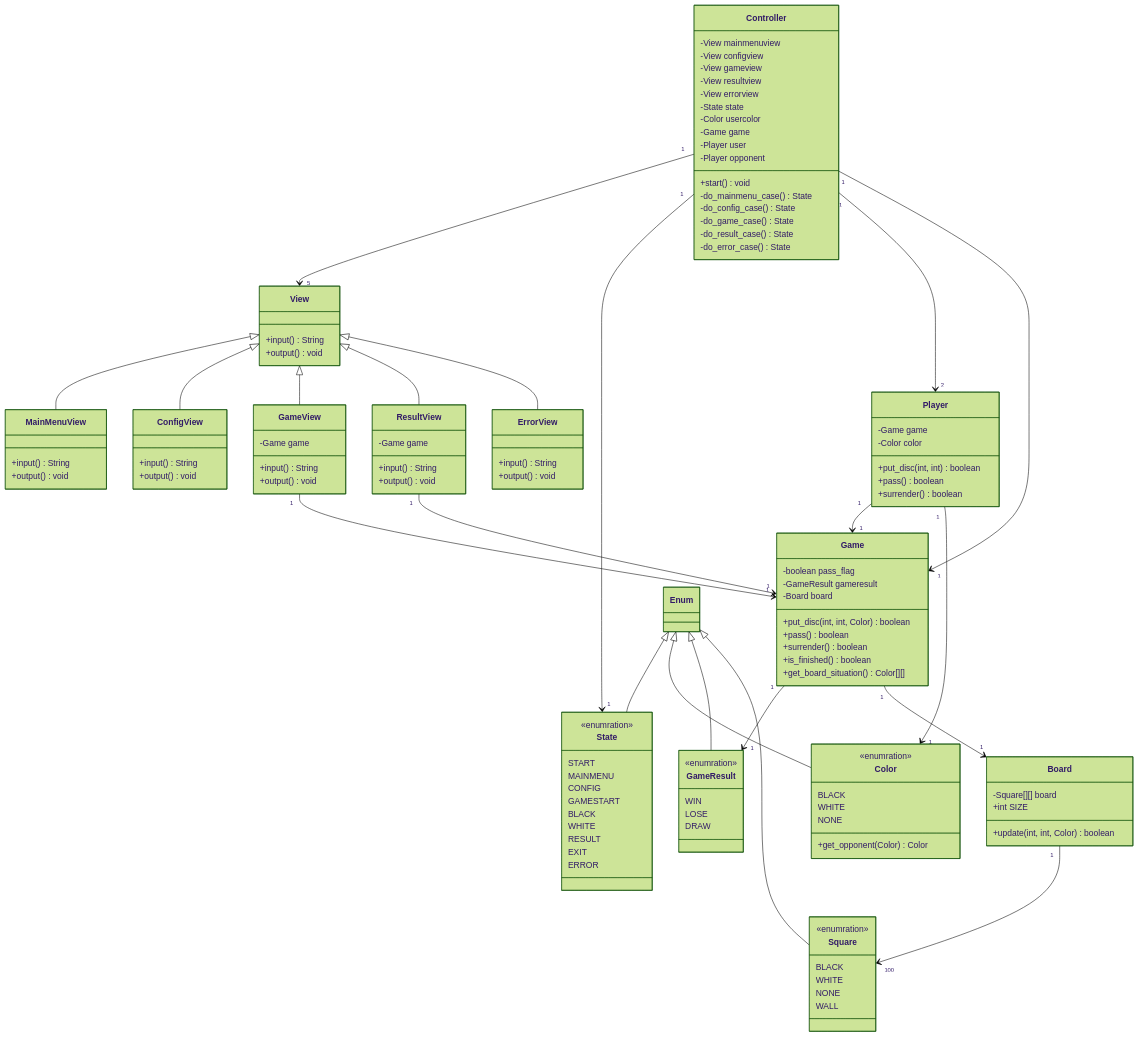
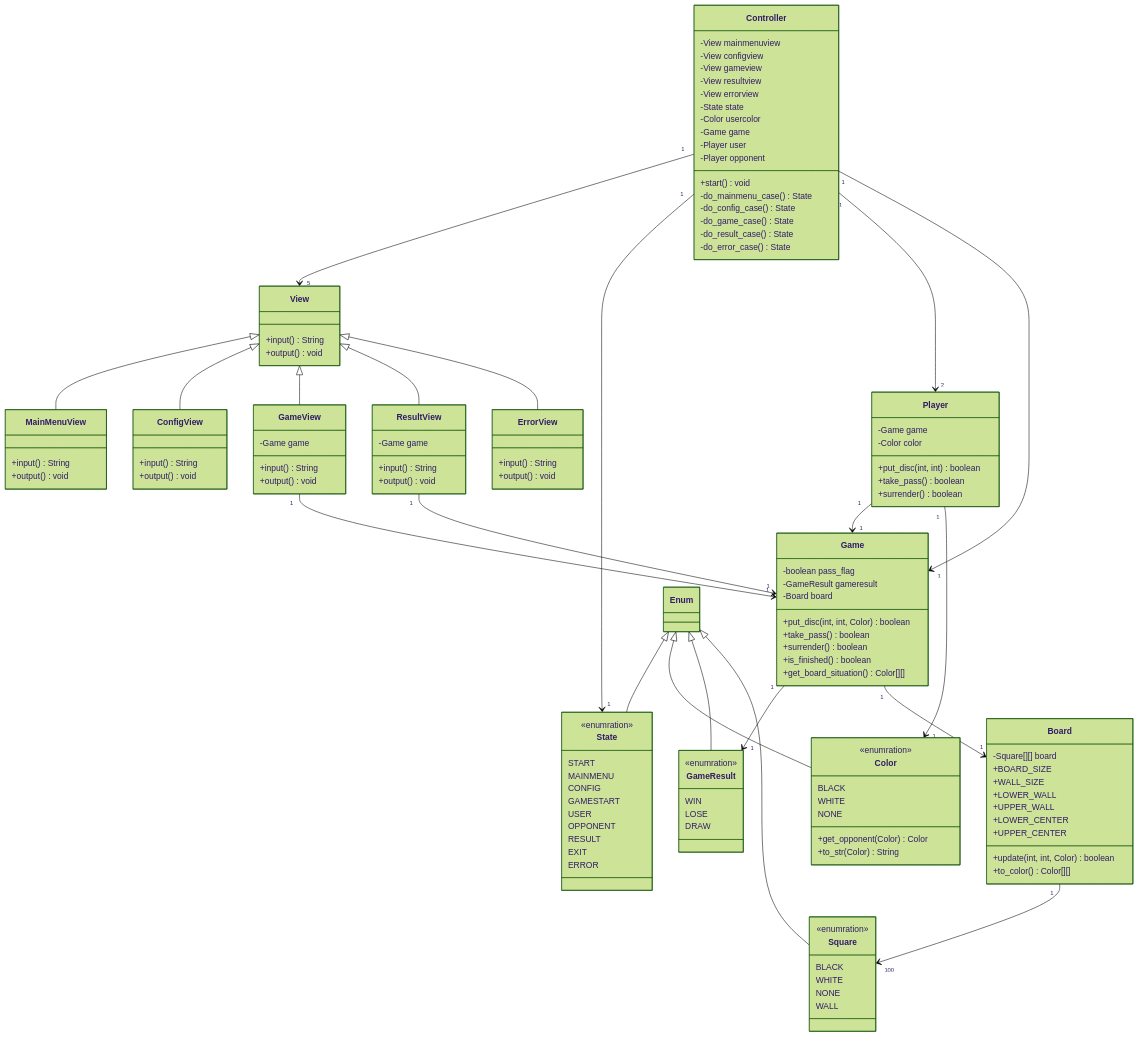
The second of 2 diagrams in README.md (keish1004/reversi), drawn with Mermaid (forest theme) before and after one commit. The commit also changed other lines of this file, not shown here.

Commit message:
change the state diagram

```diff
--- a/README.md
+++ b/README.md
@@ -145,15 +152,21 @@
 }
 class Board{
     -Square[][] board
-    +int SIZE
+    +BOARD_SIZE
+    +WALL_SIZE
+    +LOWER_WALL
+    +UPPER_WALL
+    +LOWER_CENTER
+    +UPPER_CENTER
     +update(int, int, Color) boolean
+    +to_color() Color[][]
 }
 class Game{
     -boolean pass_flag
     -GameResult gameresult
     -Board board
     +put_disc(int, int, Color) boolean
-    +pass() boolean
+    +take_pass() boolean
     +surrender() boolean
     +is_finished() boolean
     +get_board_situation() Color[][]
@@ -162,7 +175,7 @@
     -Game game
     -Color color
     +put_disc(int, int) boolean
-    +pass() boolean
+    +take_pass() boolean
     +surrender() boolean
 }
 class Controller{
@@ -189,8 +202,8 @@
     MAINMENU
     CONFIG
     GAMESTART
-    BLACK
-    WHITE
+    USER
+    OPPONENT
     RESULT
     EXIT
     ERROR
@@ -201,6 +214,7 @@
     WHITE
     NONE
     +get_opponent(Color) Color
+    +to_str(Color) String
 }
 class GameResult{
     <<enumration>>
```
